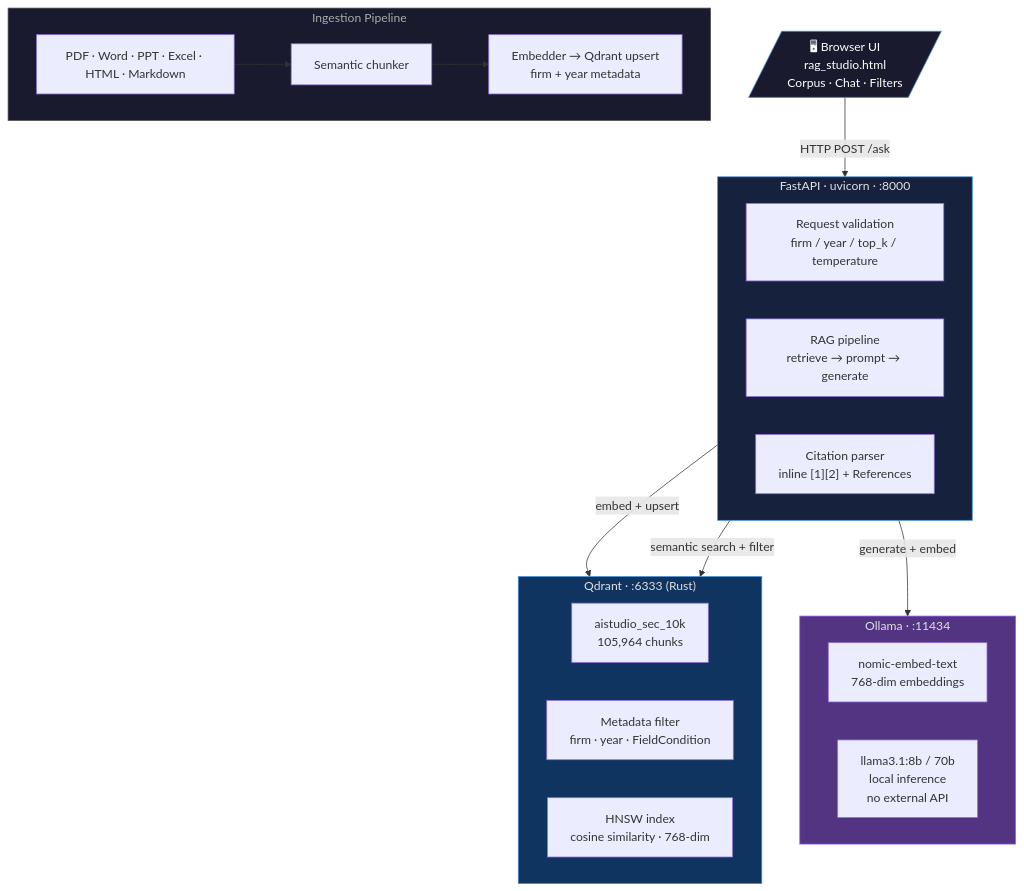
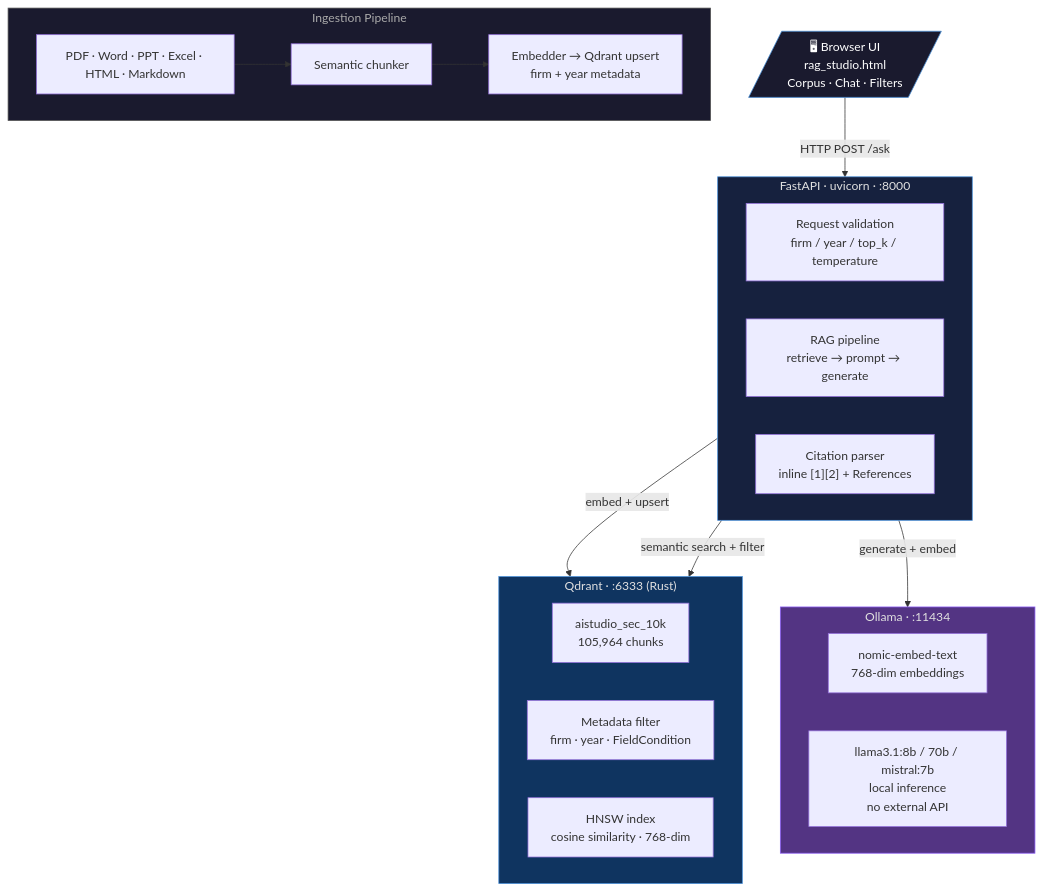
The first of 2 diagrams in README.md (mbarberony/AIStudio), drawn with Mermaid before and after one commit. The commit also changed other lines of this file and 1 other file, not shown here.

Commit message:
fix: add qdrant-client to requirements.txt, update README with nutshell roadmap and improved opening

````diff
--- a/README.md
+++ b/README.md
@@ -73,40 +97,40 @@
 ```mermaid
 flowchart TD
     UI[/"🖥 Browser UI\nrag_studio.html\nCorpus · Chat · Filters"/]
 
     UI -->|HTTP POST /ask| API
 
     subgraph API["FastAPI · uvicorn · :8000"]
         AV["Request validation\nfirm / year / top_k / temperature"]
         AR["RAG pipeline\nretrieve → prompt → generate"]
         AC["Citation parser\ninline [1][2] + References"]
     end
 
     API -->|embed + upsert| QD
     API -->|semantic search + filter| QD
     API -->|generate + embed| OL
 
     subgraph QD["Qdrant · :6333 (Rust)"]
         QC["aistudio_sec_10k\n105,964 chunks"]
         QF["Metadata filter\nfirm · year · FieldCondition"]
         QH["HNSW index\ncosine similarity · 768-dim"]
     end
 
     subgraph OL["Ollama · :11434"]
         OE["nomic-embed-text\n768-dim embeddings"]
-        OM["llama3.1:8b / 70b\nlocal inference\nno external API"]
+        OM["llama3.1:8b / 70b / mistral:7b\nlocal inference\nno external API"]
     end
 
     subgraph ING["Ingestion Pipeline"]
         IN["PDF · Word · PPT · Excel · HTML · Markdown"]
         CH["Semantic chunker"]
         EM["Embedder → Qdrant upsert\nfirm + year metadata"]
         IN --> CH --> EM
     end
 
     style UI fill:#1a1a2e,stroke:#4a90d9,color:#ffffff
     style API fill:#16213e,stroke:#4a90d9,color:#e0e0e0
     style QD fill:#0f3460,stroke:#4a90d9,color:#e0e0e0
     style OL fill:#533483,stroke:#8b5cf6,color:#e0e0e0
     style ING fill:#1a1a2e,stroke:#555,color:#aaaaaa
 ```
````
